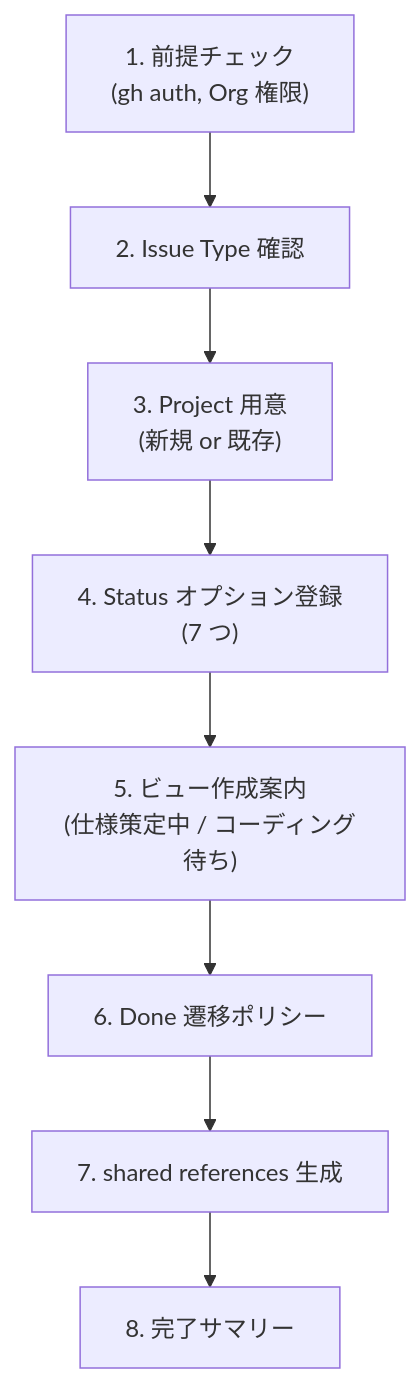
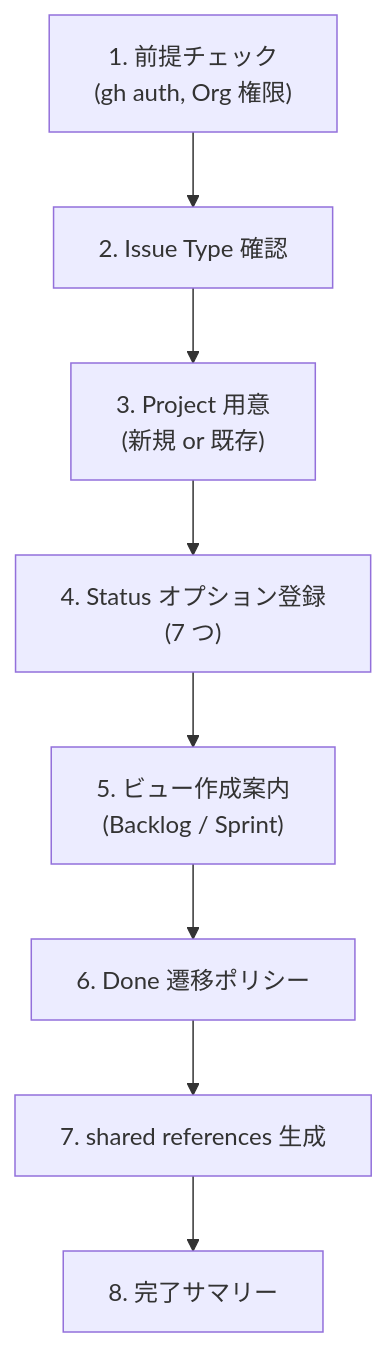
Before and after one commit to mrtry-lab/skills: the diagram in skills/agile-project-setup/SKILL.md, drawn with Mermaid. The commit also changed other lines of this file and 4 other files, not shown here.

First line of the commit message:
feat(views): rename to Backlog/Sprint with grouping and Story status auto-transition

````diff
--- a/skills/agile-project-setup/SKILL.md
+++ b/skills/agile-project-setup/SKILL.md
@@ -30,13 +30,13 @@
 ```mermaid
 flowchart TB
   pre["1. 前提チェック\n(gh auth, Org 権限)"]
   it["2. Issue Type 確認"]
   proj["3. Project 用意\n(新規 or 既存)"]
   status["4. Status オプション登録\n(7 つ)"]
-  views["5. ビュー作成案内\n(仕様策定中 / コーディング待ち)"]
+  views["5. ビュー作成案内\n(Backlog / Sprint)"]
   done["6. Done 遷移ポリシー"]
   refs["7. shared references 生成"]
   summary["8. 完了サマリー"]
 
   pre --> it --> proj --> status --> views --> done --> refs --> summary
 ```
````
